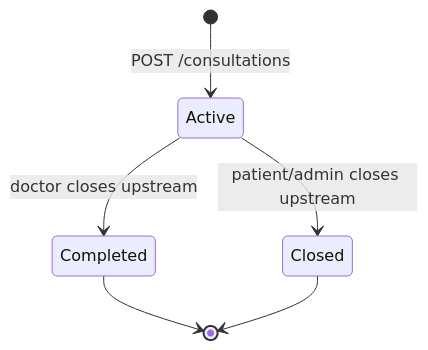
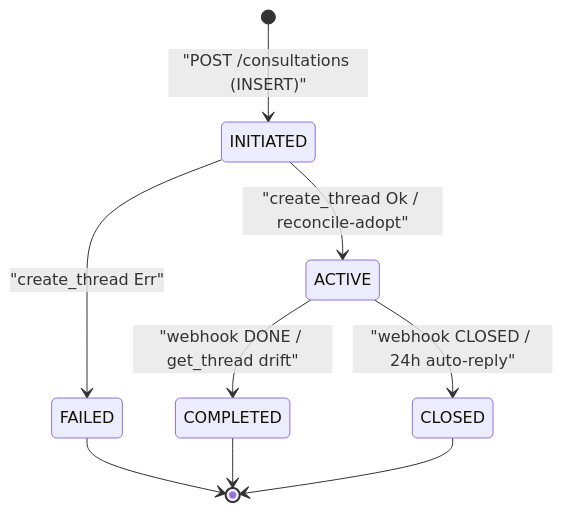
The first of 2 diagrams in api-reference/modules/consultation.mdx (anu19981/aarokya-backend), drawn with Mermaid before and after one commit. The commit also changed other lines of this file and 82 other files, not shown here.

````diff
--- a/api-reference/modules/consultation.mdx
+++ b/api-reference/modules/consultation.mdx
@@ -45,8 +50,11 @@
 ```mermaid
 stateDiagram-v2
-    [*] --> Active: POST /consultations
-    Active --> Completed: doctor closes upstream
-    Active --> Closed: patient/admin closes upstream
-    Completed --> [*]
-    Closed --> [*]
+    [*] --> INITIATED: "POST /consultations (INSERT)"
+    INITIATED --> ACTIVE: "create_thread Ok / reconcile-adopt"
+    INITIATED --> FAILED: "create_thread Err"
+    ACTIVE --> COMPLETED: "webhook DONE / get_thread drift"
+    ACTIVE --> CLOSED: "webhook CLOSED / 24h auto-reply"
+    FAILED --> [*]
+    COMPLETED --> [*]
+    CLOSED --> [*]
 ```
````
